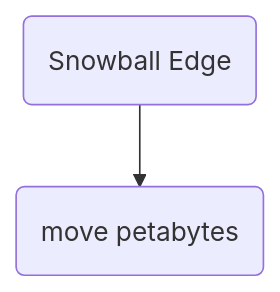
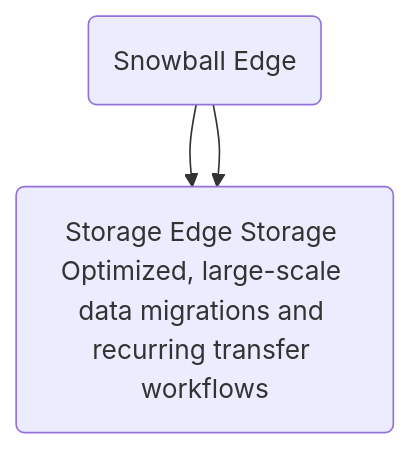
Before and after one commit to CarlosNaranjoMx/01_mkdocs: diagram 15 of 24 in docs/certificaciones/aws.md, drawn with Mermaid. The commit also changed other lines of this file and 5 other files, not shown here.

````diff
--- a/docs/certificaciones/aws.md
+++ b/docs/certificaciones/aws.md
@@ -78,4 +79,5 @@
 ```mermaid
 flowchart TD
     G(Snowball Edge) --> H(move petabytes)
+    G(Snowball Edge) --> H(Storage Edge Storage Optimized, large-scale data migrations and recurring transfer workflows)
 ```
````
